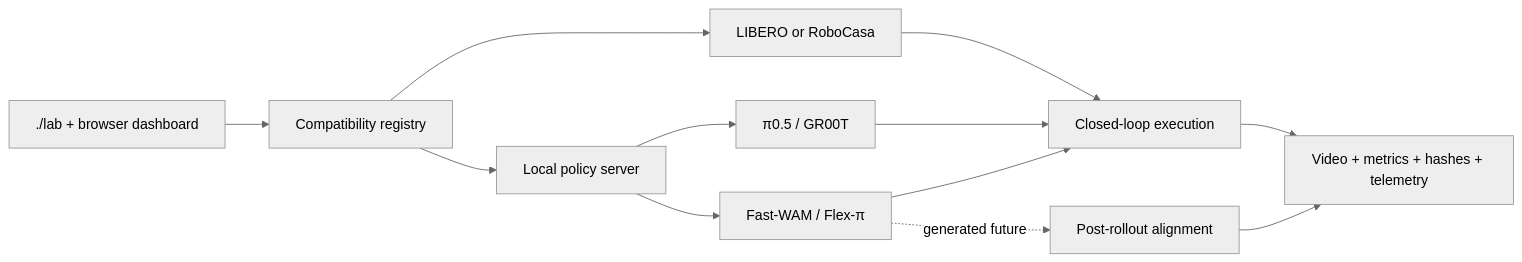
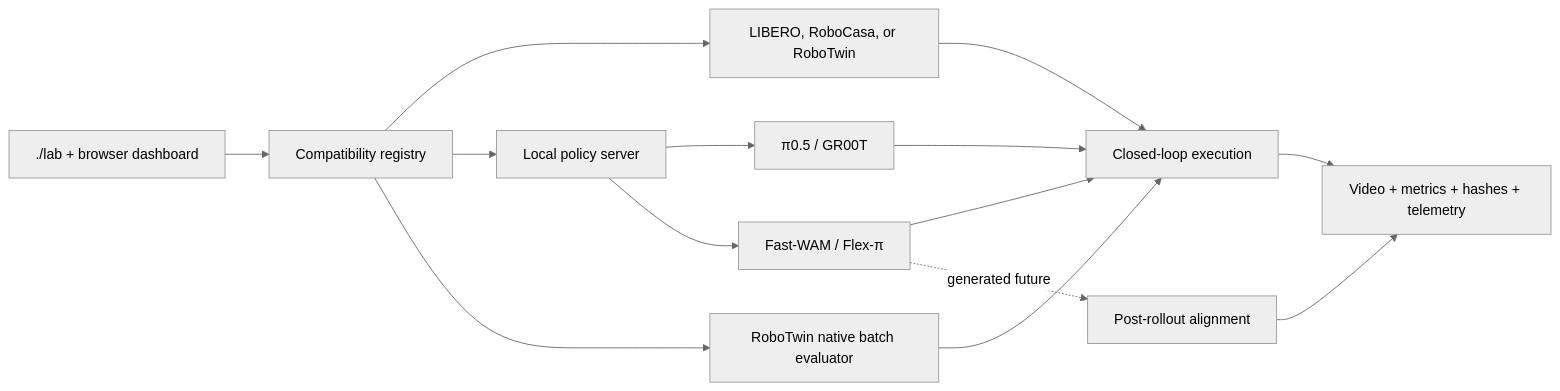
One commit to robodreamer/embodied-policy-lab changed the diagram in README.md. Above: the diagram before and after it, drawn with Mermaid (neutral theme). The commit also changed other lines of this file and 13 other files, not shown here.

Commit message:
Add RoboTwin batch evaluation foundation

````diff
--- a/README.md
+++ b/README.md
@@ -266,14 +269,16 @@
 ```mermaid
 flowchart LR
     UI[./lab + browser dashboard] --> REG[Compatibility registry]
-    REG --> SIM[LIBERO or RoboCasa]
+    REG --> SIM[LIBERO, RoboCasa, or RoboTwin]
     REG --> POLICY[Local policy server]
+    REG --> NATIVE[RoboTwin native batch evaluator]
     POLICY --> VLA[π0.5 / GR00T]
     POLICY --> WAM[Fast-WAM / Flex-π]
     SIM --> RUN[Closed-loop execution]
     VLA --> RUN
     WAM --> RUN
+    NATIVE --> RUN
     WAM -. generated future .-> ALIGN[Post-rollout alignment]
     RUN --> EVIDENCE[Video + metrics + hashes + telemetry]
     ALIGN --> EVIDENCE
 ```
````
